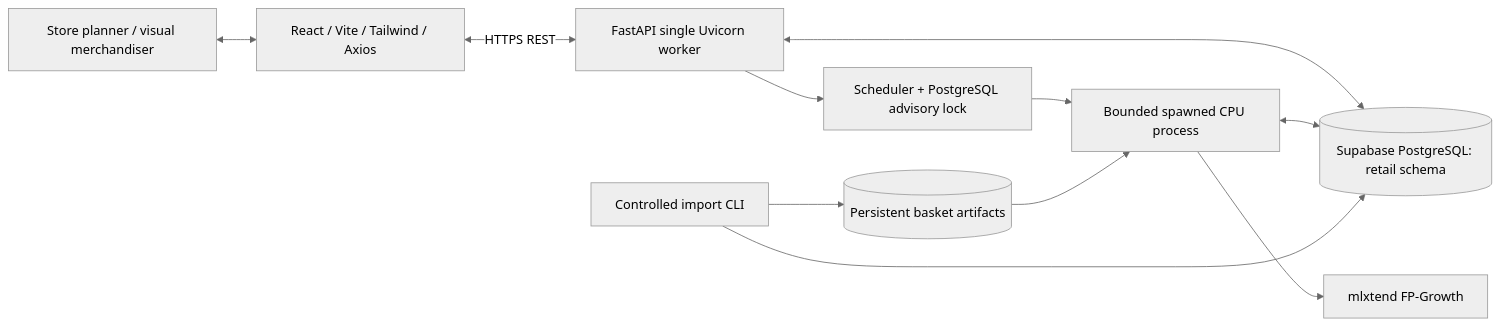
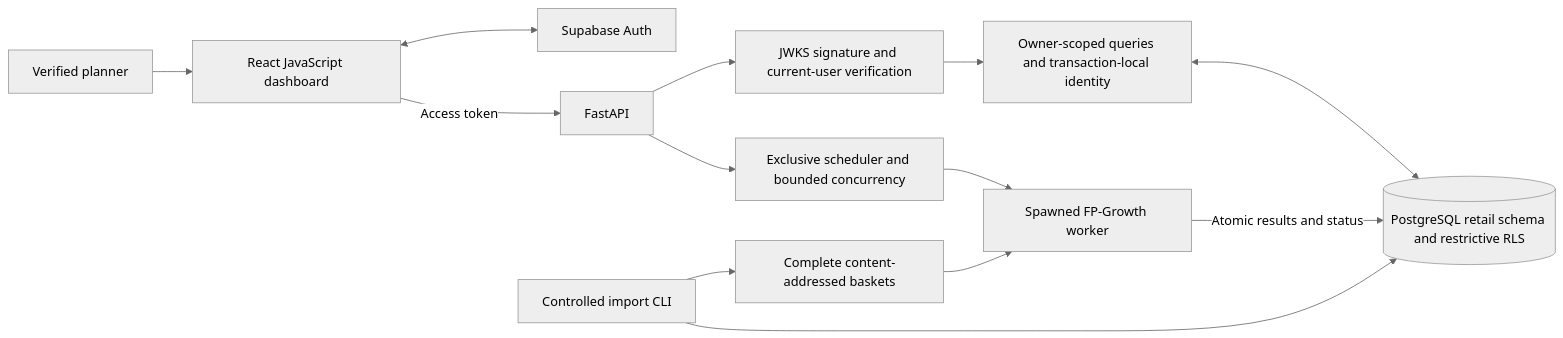
Before and after one commit to sanket-jadhav-cse/RETAIL-STORE-LAYOUT-OPTIMIZER: the first of 2 diagrams in docs/architecture.md, drawn with Mermaid (neutral theme). The commit also changed other lines of this file and 62 other files, not shown here.

Commit message:
feat(platform): integrate verified account and dashboard improvements

````diff
--- a/docs/architecture.md
+++ b/docs/architecture.md
@@ -5,13 +7,15 @@
 ```mermaid
 flowchart LR
- U[Store planner / visual merchandiser] <--> F[React / Vite / Tailwind / Axios]
- F <-->|HTTPS REST| A[FastAPI single Uvicorn worker]
- A <--> D[(Supabase PostgreSQL: retail schema)]
- A --> S[Scheduler + PostgreSQL advisory lock]
- S --> P[Bounded spawned CPU process]
- P --> M[mlxtend FP-Growth]
- P <--> D
- B[(Persistent basket artifacts)] --> P
- I[Controlled import CLI] --> B
- I --> D
+  U[Verified planner] --> F[React JavaScript dashboard]
+  F <--> S[Supabase Auth]
+  F -->|Access token| A[FastAPI]
+  A --> J[JWKS signature and current-user verification]
+  J --> O[Owner-scoped queries and transaction-local identity]
+  O <--> D[(PostgreSQL retail schema and restrictive RLS)]
+  A --> Q[Exclusive scheduler and bounded concurrency]
+  Q --> W[Spawned FP-Growth worker]
+  B[Complete content-addressed baskets] --> W
+  W -->|Atomic results and status| D
+  I[Controlled import CLI] --> B
+  I --> D
 ```
````
